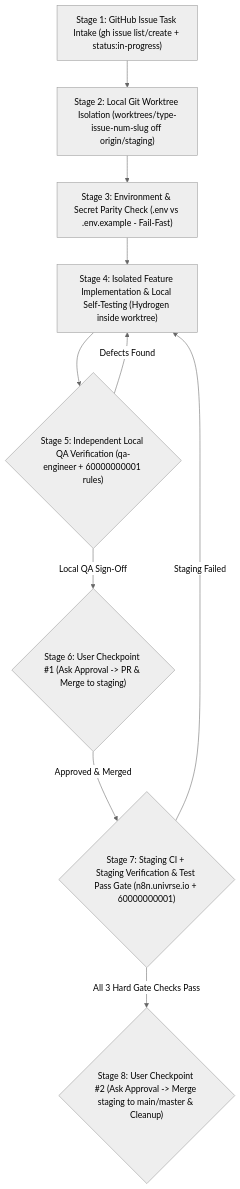
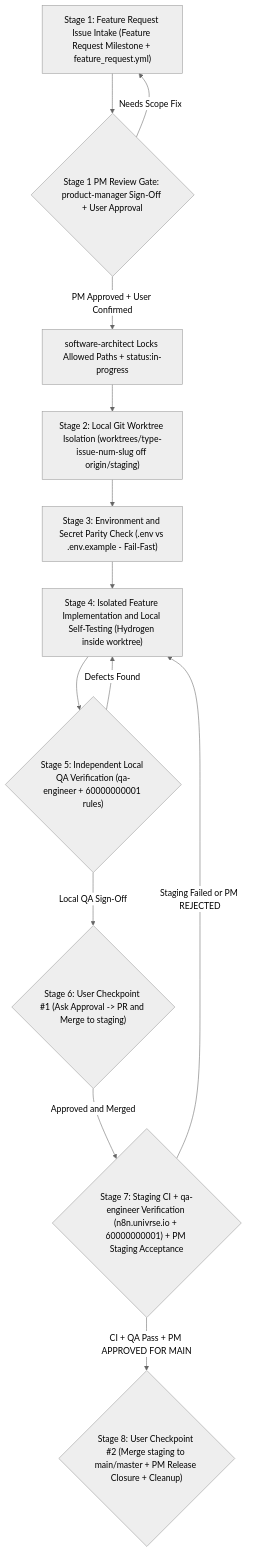
Before and after one commit to UniVRse-Interactive/UniVRse-workflow: the diagram in AGENTS.md, drawn with Mermaid (neutral theme). The commit also changed other lines of this file and 8 other files, not shown here.

Commit message:
feat: add Feature Request milestone, issue template, PM review gates, and workflow diagram

````diff
--- a/AGENTS.md
+++ b/AGENTS.md
@@ -150,12 +157,15 @@
 ```mermaid
 flowchart TD
-    S1["Stage 1: GitHub Issue Task Intake (gh issue list/create + status:in-progress)"] --> S2["Stage 2: Local Git Worktree Isolation (worktrees/type-issue-num-slug off origin/staging)"]
-    S2 --> S3["Stage 3: Environment & Secret Parity Check (.env vs .env.example - Fail-Fast)"]
-    S3 --> S4["Stage 4: Isolated Feature Implementation & Local Self-Testing (Hydrogen inside worktree)"]
+    S1["Stage 1: Feature Request Issue Intake (Feature Request Milestone + feature_request.yml)"] --> PMGate{"Stage 1 PM Review Gate: product-manager Sign-Off + User Approval"}
+    PMGate -- "Needs Scope Fix" --> S1
+    PMGate -- "PM Approved + User Confirmed" --> Arch["software-architect Locks Allowed Paths + status:in-progress"]
+    Arch --> S2["Stage 2: Local Git Worktree Isolation (worktrees/type-issue-num-slug off origin/staging)"]
+    S2 --> S3["Stage 3: Environment and Secret Parity Check (.env vs .env.example - Fail-Fast)"]
+    S3 --> S4["Stage 4: Isolated Feature Implementation and Local Self-Testing (Hydrogen inside worktree)"]
     S4 --> S5{"Stage 5: Independent Local QA Verification (qa-engineer + 60000000001 rules)"}
     S5 -- "Defects Found" --> S4
-    S5 -- "Local QA Sign-Off" --> S6{"Stage 6: User Checkpoint #1 (Ask Approval -> PR & Merge to staging)"}
-    S6 -- "Approved & Merged" --> S7{"Stage 7: Staging CI + Staging Verification & Test Pass Gate (n8n.univrse.io + 60000000001)"}
-    S7 -- "Staging Failed" --> S4
-    S7 -- "All 3 Hard Gate Checks Pass" --> S8{"Stage 8: User Checkpoint #2 (Ask Approval -> Merge staging to main/master & Cleanup)"}
+    S5 -- "Local QA Sign-Off" --> S6{"Stage 6: User Checkpoint #1 (Ask Approval -> PR and Merge to staging)"}
+    S6 -- "Approved and Merged" --> S7{"Stage 7: Staging CI + qa-engineer Verification (n8n.univrse.io + 60000000001) + PM Staging Acceptance"}
+    S7 -- "Staging Failed or PM REJECTED" --> S4
+    S7 -- "CI + QA Pass + PM APPROVED FOR MAIN" --> S8{"Stage 8: User Checkpoint #2 (Merge staging to main/master + PM Release Closure + Cleanup)"}
 ```
````
